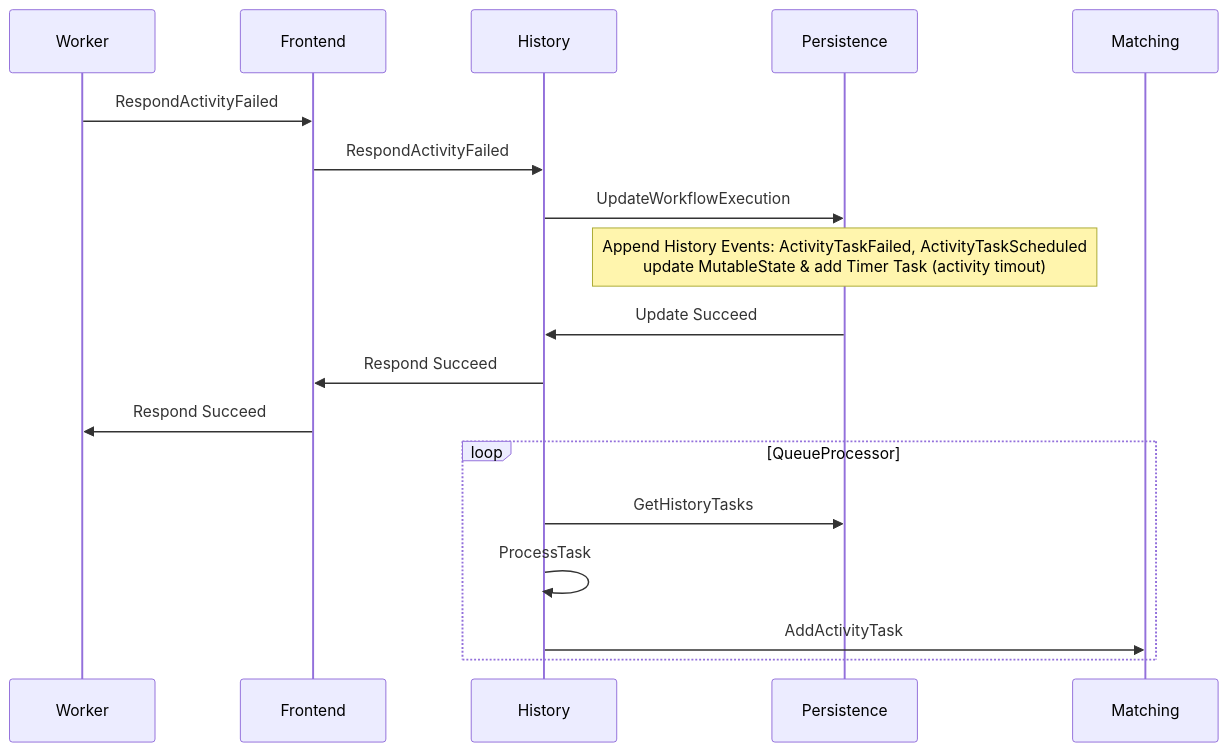
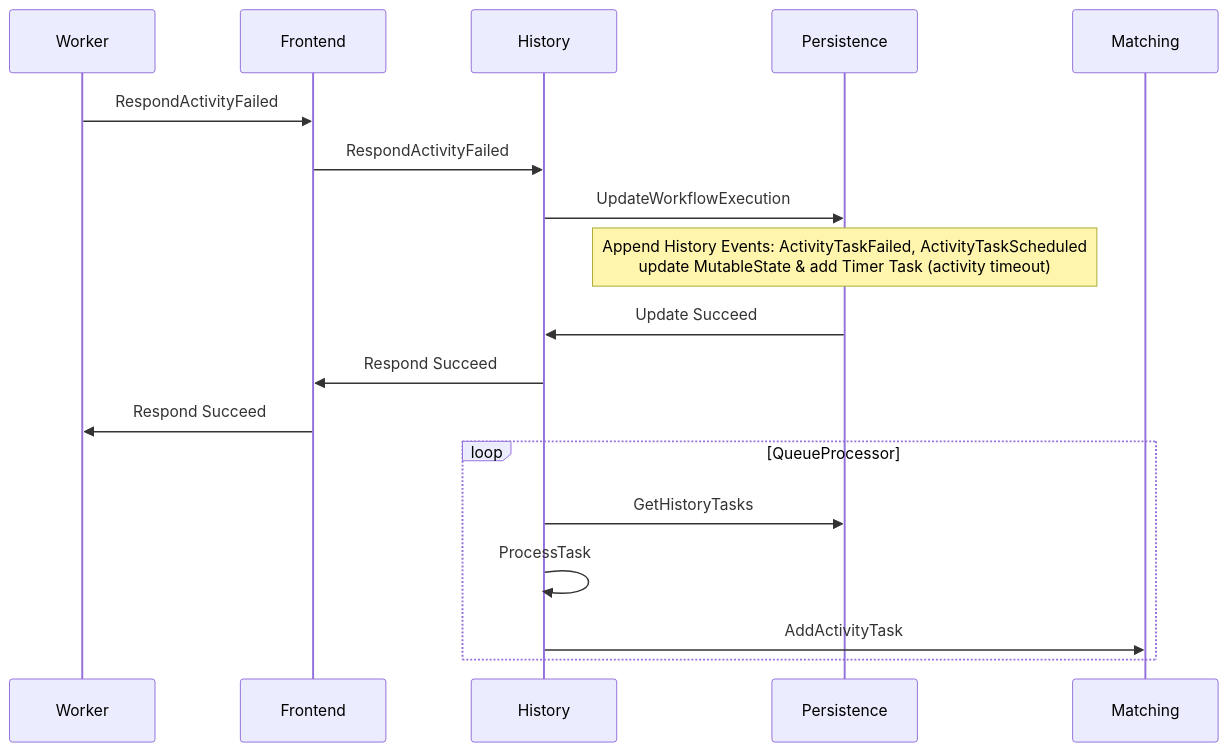
One commit to temporalio/temporal changed diagram 13 of 14 in docs/architecture/workflow-lifecycle.md. Above: the diagram before and after it, drawn with Mermaid. The commit also changed 204 other files, not shown here.

````diff
--- a/docs/architecture/workflow-lifecycle.md
+++ b/docs/architecture/workflow-lifecycle.md
@@ -503,15 +503,15 @@
 ```mermaid
 sequenceDiagram
 Worker->>Frontend: RespondActivityFailed
 Frontend->>History: RespondActivityFailed
 History->>Persistence: UpdateWorkflowExecution
-note over Persistence: Append History Events: ActivityTaskFailed, ActivityTaskScheduled<br>update MutableState & add Timer Task (activity timout)
+note over Persistence: Append History Events: ActivityTaskFailed, ActivityTaskScheduled<br>update MutableState & add Timer Task (activity timeout)
 Persistence->>History: Update Succeed
 History->>Frontend: Respond Succeed
 Frontend->>Worker: Respond Succeed
 loop QueueProcessor
     History->>Persistence: GetHistoryTasks
 		History->>History: ProcessTask
 		History->>Matching: AddActivityTask
 end
 ```
````
